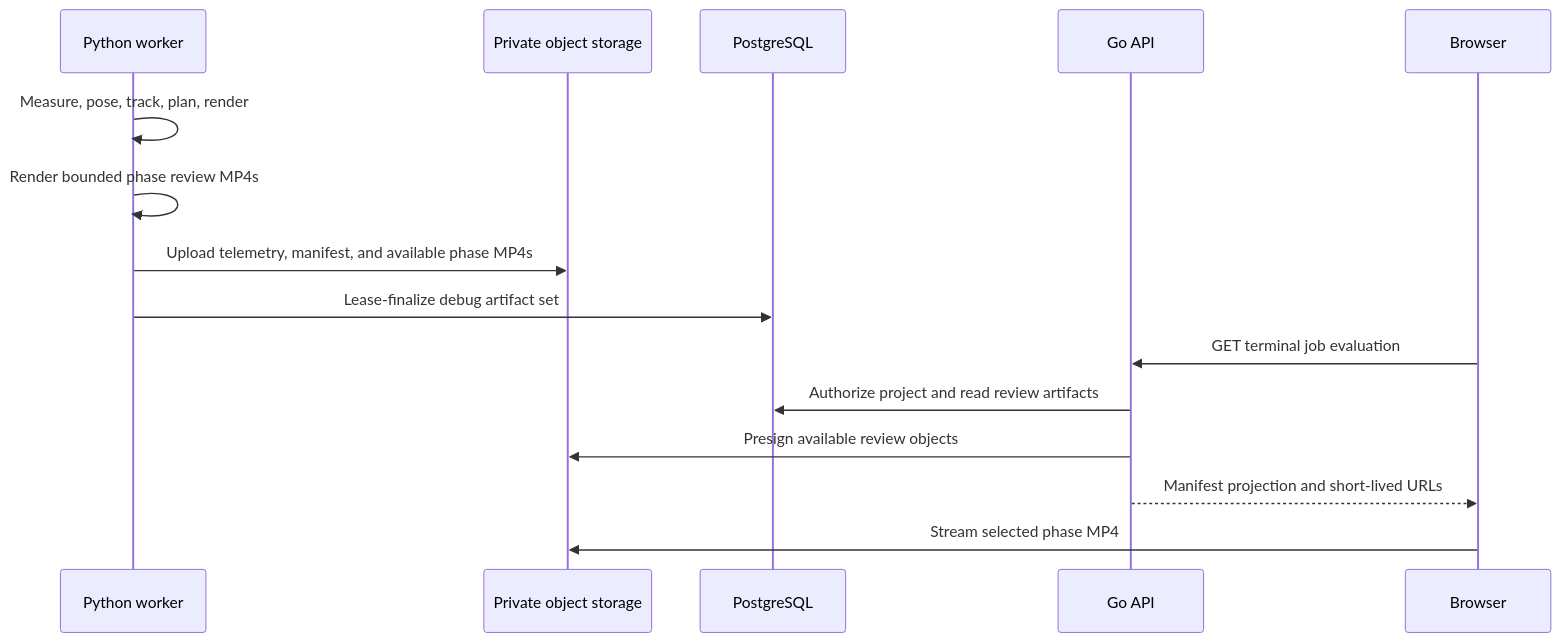
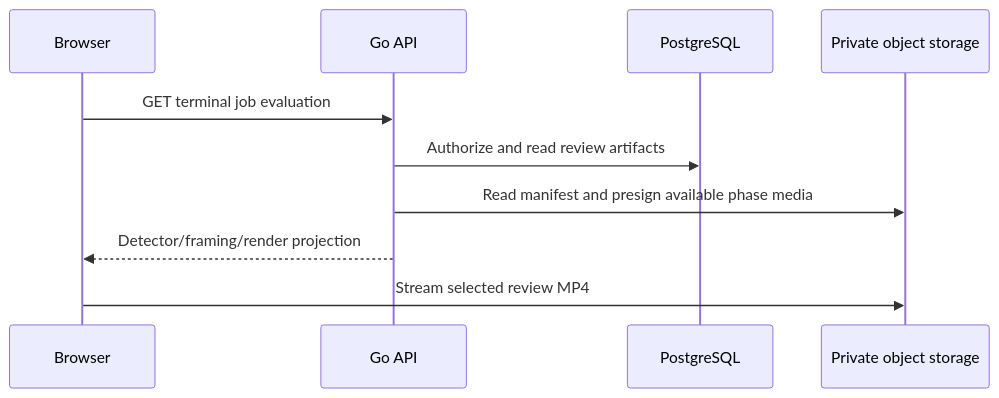
One commit to o0O96O0o/boulder-frame changed the diagram in docs/specs/frontend/phase-evaluation.md. Above: the diagram before and after it, drawn with Mermaid. The commit also changed other lines of this file and 56 other files, not shown here.

Commit message:
ref: detector-only framing pipeline

````diff
--- a/docs/specs/frontend/phase-evaluation.md
+++ b/docs/specs/frontend/phase-evaluation.md
@@ -139,18 +46,13 @@
 ```mermaid
 sequenceDiagram
-    participant W as Python worker
-    participant O as Private object storage
-    participant P as PostgreSQL
-    participant A as Go API
-    participant B as Browser
+  participant B as Browser
+  participant A as Go API
+  participant P as PostgreSQL
+  participant O as Private object storage
 
-    W->>W: Measure, pose, track, plan, render
-    W->>W: Render bounded phase review MP4s
-    W->>O: Upload telemetry, manifest, and available phase MP4s
-    W->>P: Lease-finalize debug artifact set
-    B->>A: GET terminal job evaluation
-    A->>P: Authorize project and read review artifacts
-    A->>O: Presign available review objects
-    A-->>B: Manifest projection and short-lived URLs
-    B->>O: Stream selected phase MP4
+  B->>A: GET terminal job evaluation
+  A->>P: Authorize and read review artifacts
+  A->>O: Read manifest and presign available phase media
+  A-->>B: Detector/framing/render projection
+  B->>O: Stream selected review MP4
 ```
````
